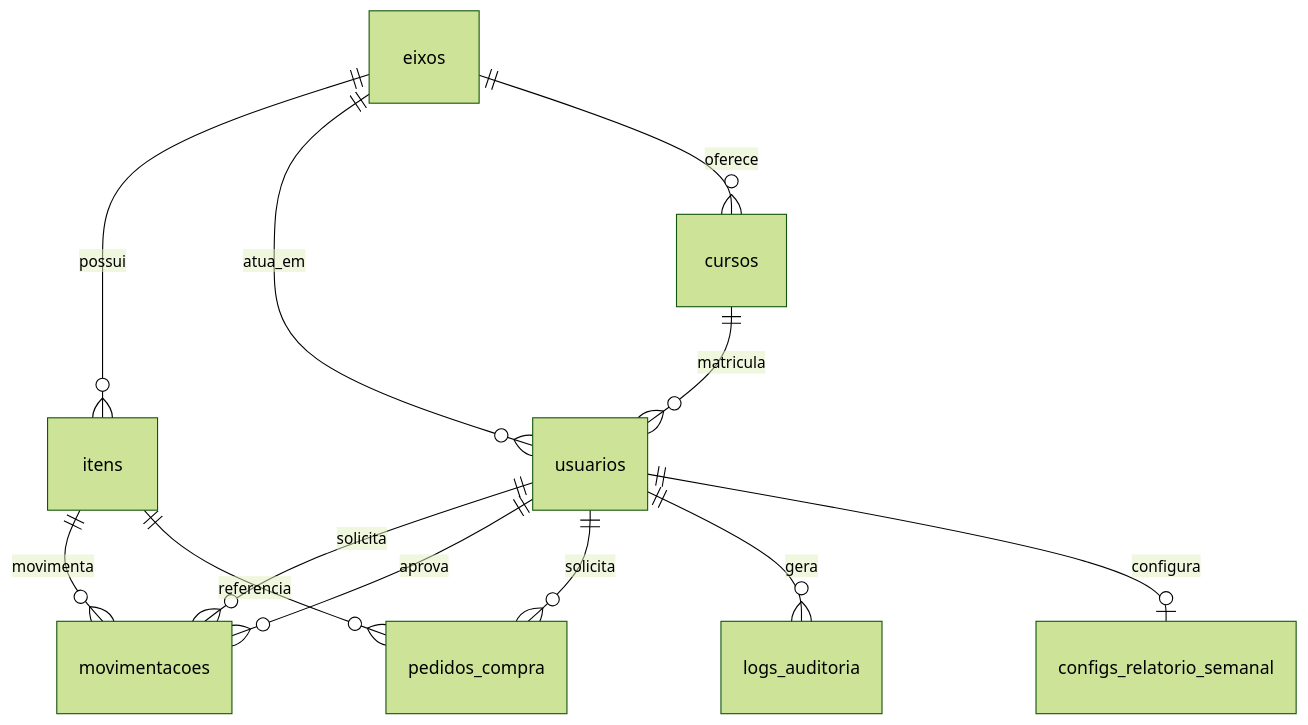
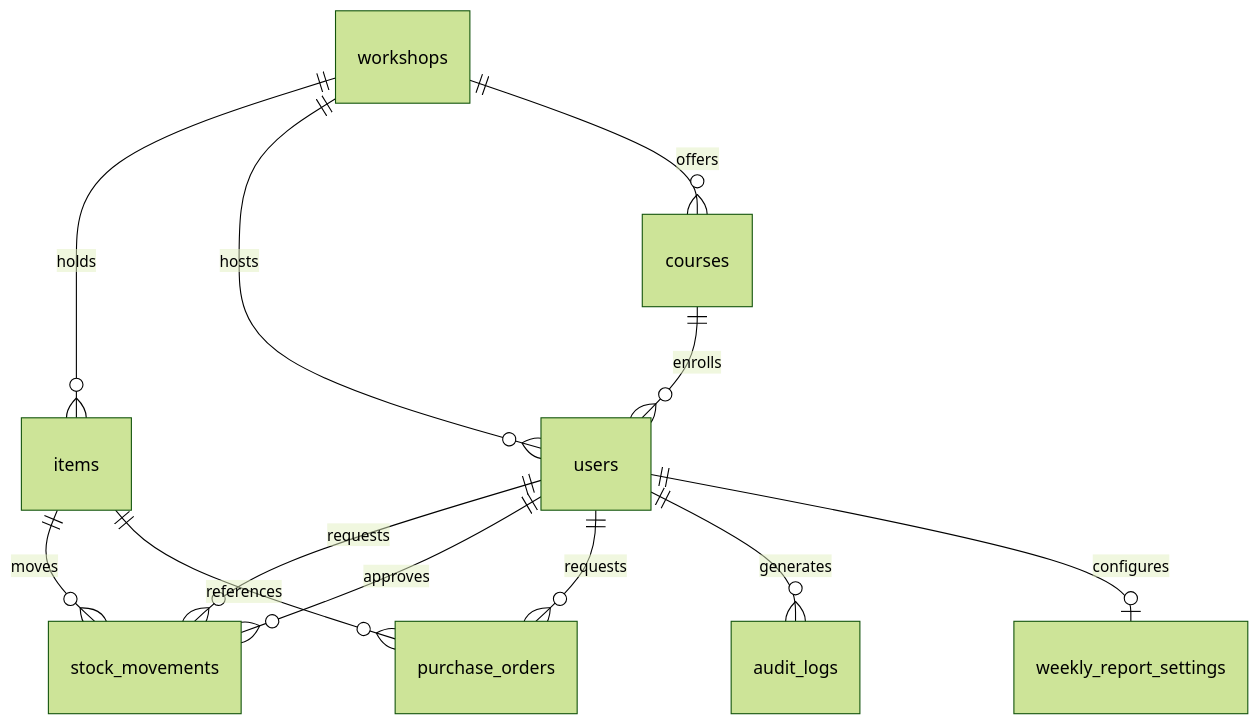
The diagram in REQUIREMENTS.md (iagoot23/inventfy), drawn with Mermaid (forest theme) before and after one commit. The commit also changed 2 other files, not shown here.

Commit message:
Translate database-schema.md to English with English table/column names; sync REQUIREMENTS.md ER diagram

````diff
--- a/REQUIREMENTS.md
+++ b/REQUIREMENTS.md
@@ -219,14 +219,14 @@
 ```mermaid
 erDiagram
-    usuarios ||--o{ movimentacoes : solicita
-    usuarios ||--o{ movimentacoes : aprova
-    itens ||--o{ movimentacoes : movimenta
-    usuarios ||--o{ pedidos_compra : solicita
-    itens ||--o{ pedidos_compra : referencia
-    usuarios ||--o{ logs_auditoria : gera
-    usuarios ||--o| configs_relatorio_semanal : configura
-    eixos ||--o{ itens : possui
-    eixos ||--o{ usuarios : atua_em
-    eixos ||--o{ cursos : oferece
-    cursos ||--o{ usuarios : matricula
+    users ||--o{ stock_movements : requests
+    users ||--o{ stock_movements : approves
+    items ||--o{ stock_movements : moves
+    users ||--o{ purchase_orders : requests
+    items ||--o{ purchase_orders : references
+    users ||--o{ audit_logs : generates
+    users ||--o| weekly_report_settings : configures
+    workshops ||--o{ items : holds
+    workshops ||--o{ users : hosts
+    workshops ||--o{ courses : offers
+    courses ||--o{ users : enrolls
 ```
````
